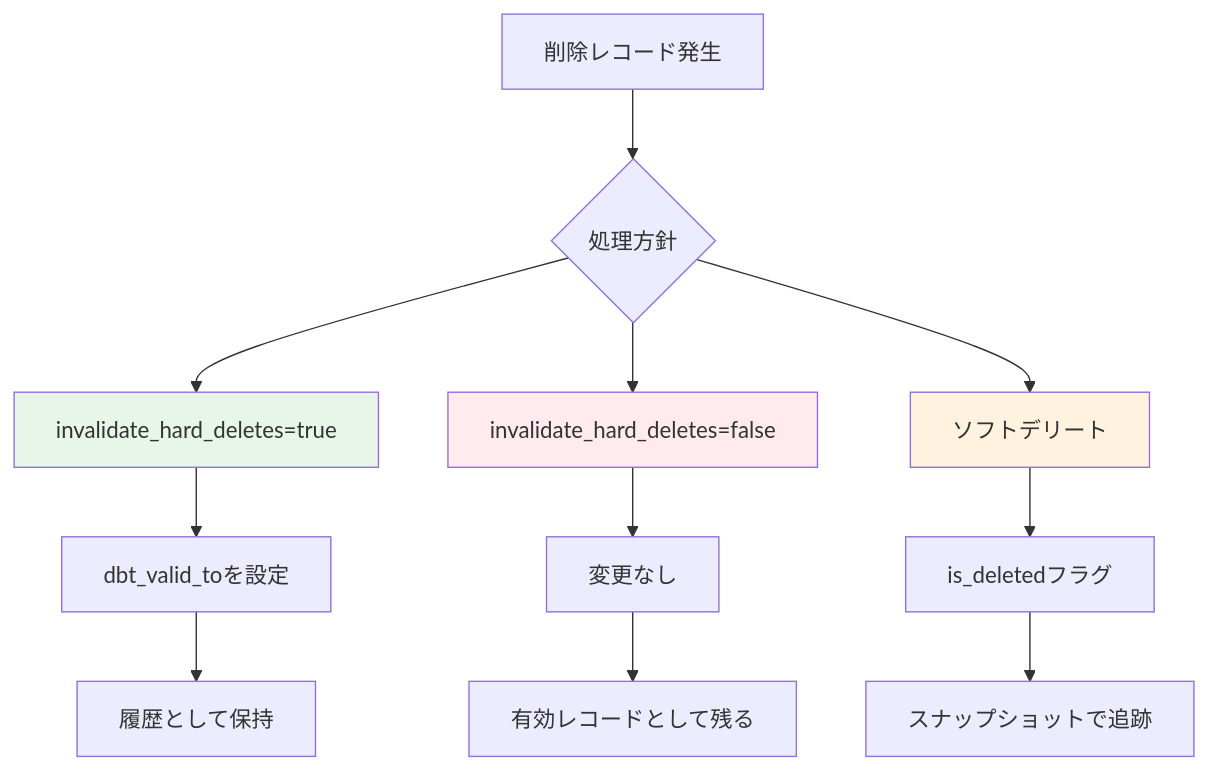
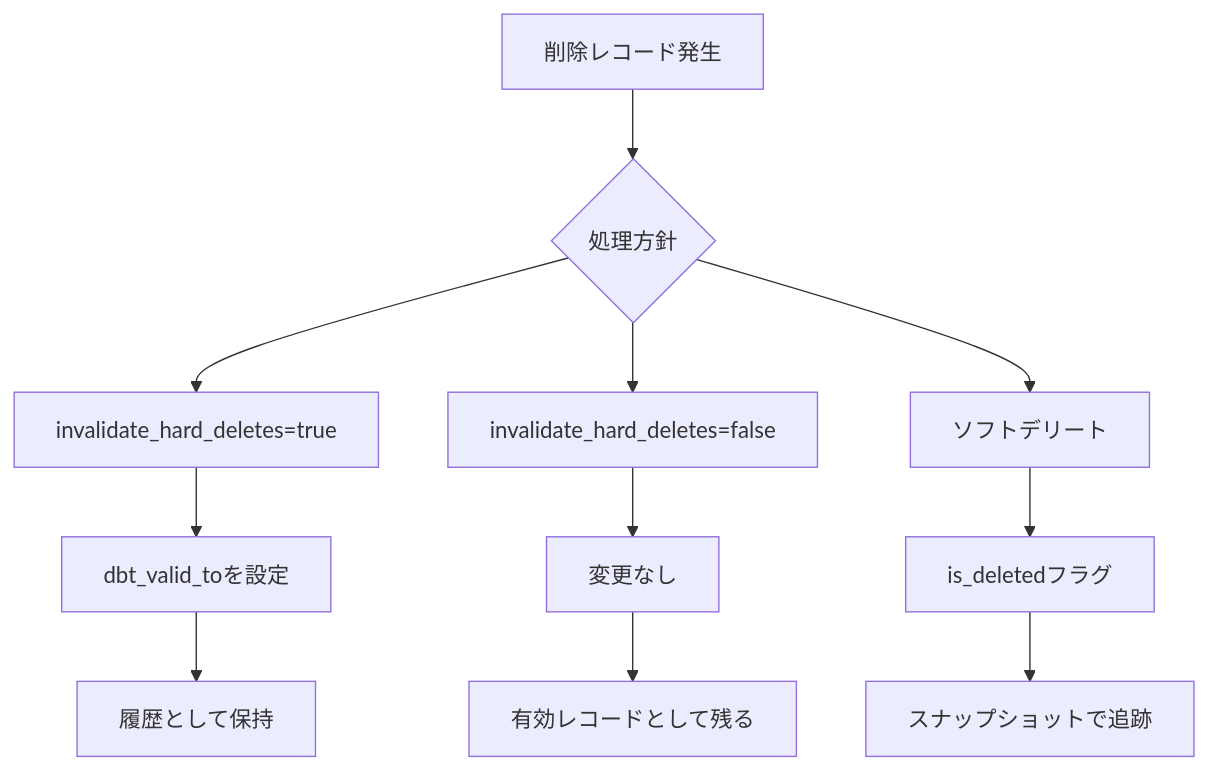
One commit to 1210yuichi0/1210yuichi0.github.io changed diagram 11 of 14 in content/Tech/dbt/categories/snapshot-config.md. Above: the diagram before and after it, drawn with Mermaid. The commit also changed other lines of this file and 22 other files, not shown here.

First line of the commit message:
style: remove Mermaid style directives for dark mode compatibility

````diff
--- a/content/Tech/dbt/categories/snapshot-config.md
+++ b/content/Tech/dbt/categories/snapshot-config.md
@@ -1263,21 +1238,18 @@
 ```mermaid
 flowchart TD
     A[削除レコード発生] --> B{処理方針}
 
     B --> C[invalidate_hard_deletes=true]
     B --> D[invalidate_hard_deletes=false]
     B --> E[ソフトデリート]
 
     C --> F[dbt_valid_toを設定]
     F --> G[履歴として保持]
 
     D --> H[変更なし]
     H --> I[有効レコードとして残る]
 
     E --> J[is_deletedフラグ]
     J --> K[スナップショットで追跡]
 
-    style C fill:#e8f5e9
-    style E fill:#fff3e0
-    style D fill:#ffebee
 ```
````
